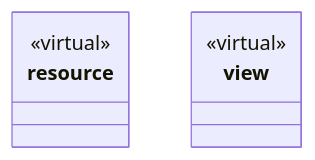
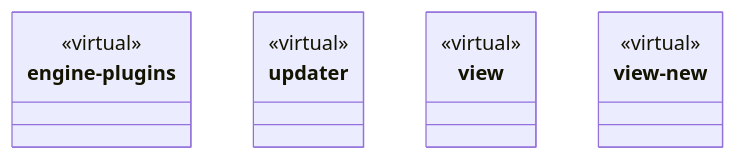
One commit to nan023062/cbim changed the second of 2 diagrams in src/ARCHITECTURE.md. Above: the diagram before and after it, drawn with Mermaid. The commit also changed other lines of this file and 374 other files, not shown here.

````diff
--- a/src/ARCHITECTURE.md
+++ b/src/ARCHITECTURE.md
@@ -70,11 +74,19 @@
 ```mermaid
 classDiagram
-class N_212574dc93ac["resource"] {
+class N_be04b6eef23f["engine-plugins"] {
   <<virtual>>
 }
-click N_212574dc93ac href "resource/ARCHITECTURE.md"
+click N_be04b6eef23f href "engine-plugins/ARCHITECTURE.md"
+class N_b572c76539a3["updater"] {
+  <<virtual>>
+}
+click N_b572c76539a3 href "updater/ARCHITECTURE.md"
 class N_eae847246398["view"] {
   <<virtual>>
 }
 click N_eae847246398 href "view/ARCHITECTURE.md"
+class N_c755adb87123["view-new"] {
+  <<virtual>>
+}
+click N_c755adb87123 href "view-new/ARCHITECTURE.md"
 ```
````
